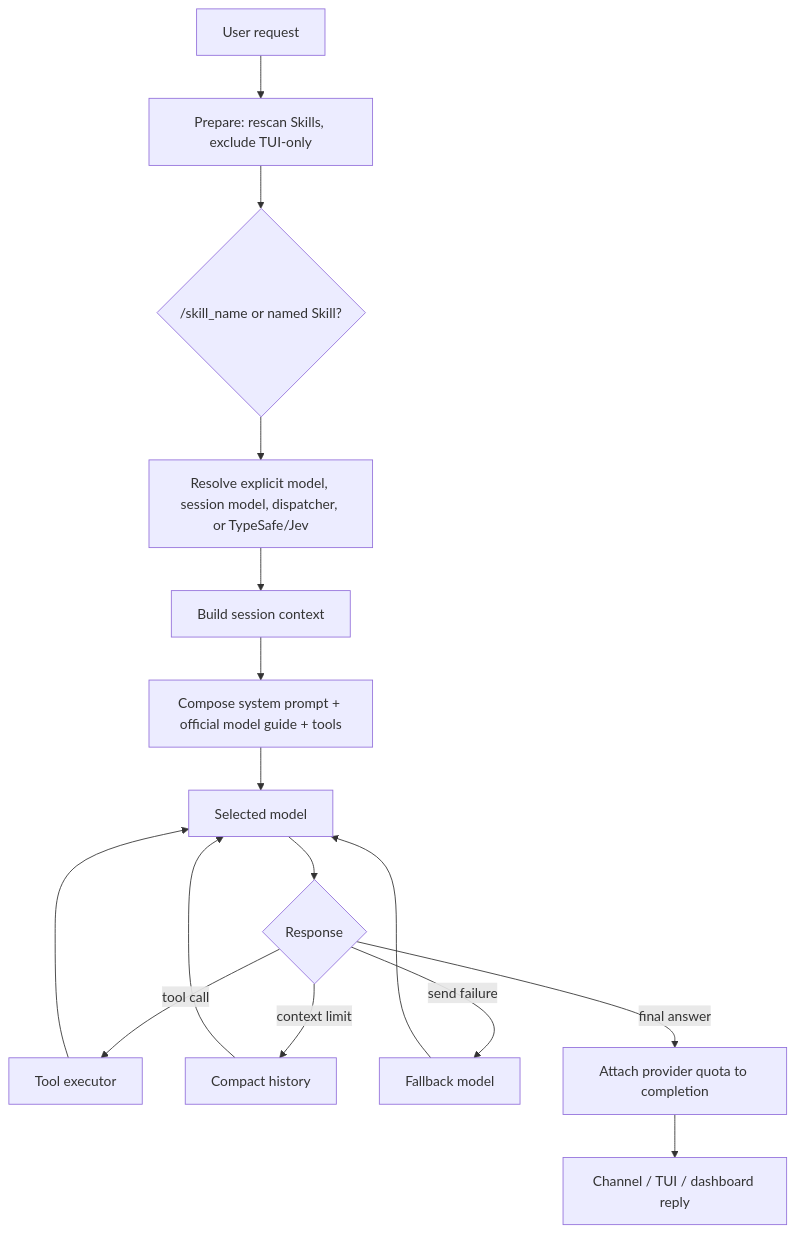
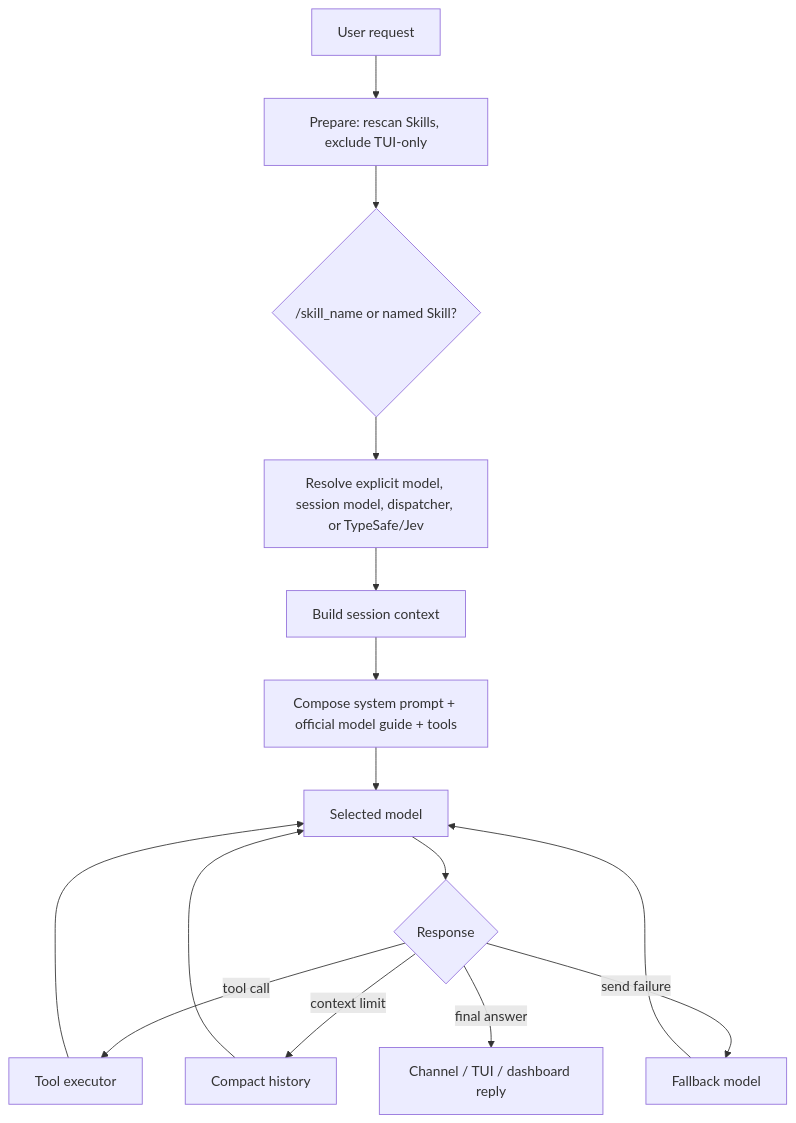
Before and after one commit to agenvoy/Agenvoy: the third of 9 diagrams in doc/architecture.md, drawn with Mermaid. The commit also changed other lines of this file and 3 other files, not shown here.

````diff
--- a/doc/architecture.md
+++ b/doc/architecture.md
@@ -51,18 +51,17 @@
 ```mermaid
 graph TB
     Input[User request] --> Prepare[Prepare: rescan Skills, exclude TUI-only]
     Prepare --> Skill{/skill_name or named Skill?}
     Skill --> Select[Resolve explicit model, session model, dispatcher, or TypeSafe/Jev]
     Select --> Session[Build session context]
     Session --> Prompt[Compose system prompt + official model guide + tools]
     Prompt --> Model[Selected model]
     Model --> Result{Response}
     Result -->|tool call| ToolExec[Tool executor]
     ToolExec --> Model
     Result -->|context limit| Compact[Compact history]
     Compact --> Model
     Result -->|send failure| Fallback[Fallback model]
     Fallback --> Model
-    Result -->|final answer| Quota[Attach provider quota to completion]
-    Quota --> Output[Channel / TUI / dashboard reply]
+    Result -->|final answer| Output[Channel / TUI / dashboard reply]
 ```
````
